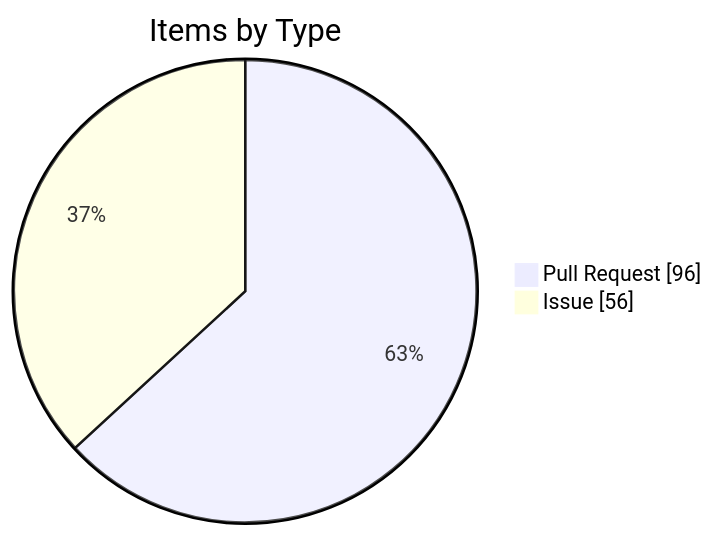
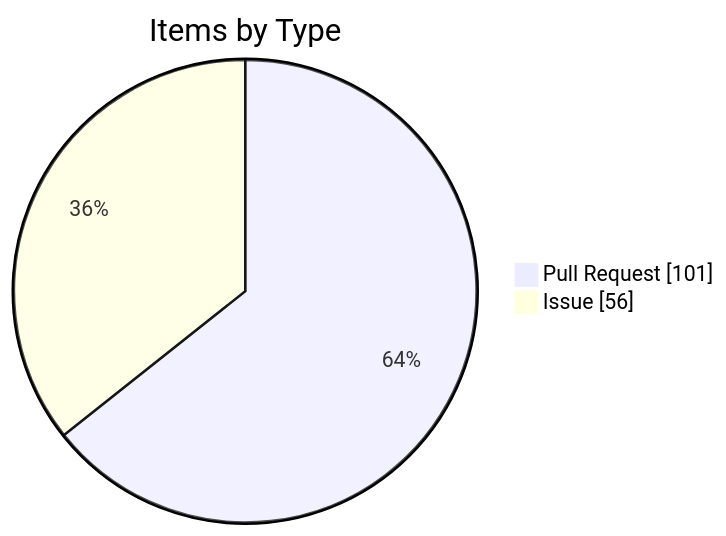
One commit to KBVE/kbve changed the fourth of 4 diagrams in apps/kbve/astro-kbve/src/content/docs/dashboard/kanban-data.mdx. Above: the diagram before and after it, drawn with Mermaid. The commit also changed other lines of this file and 8 other files, not shown here.

````diff
--- a/apps/kbve/astro-kbve/src/content/docs/dashboard/kanban-data.mdx
+++ b/apps/kbve/astro-kbve/src/content/docs/dashboard/kanban-data.mdx
@@ -116,6 +116,6 @@
 ```mermaid
 pie showData
     title Items by Type
-    "Pull Request" : 96
+    "Pull Request" : 101
     "Issue" : 56
 ```
````
